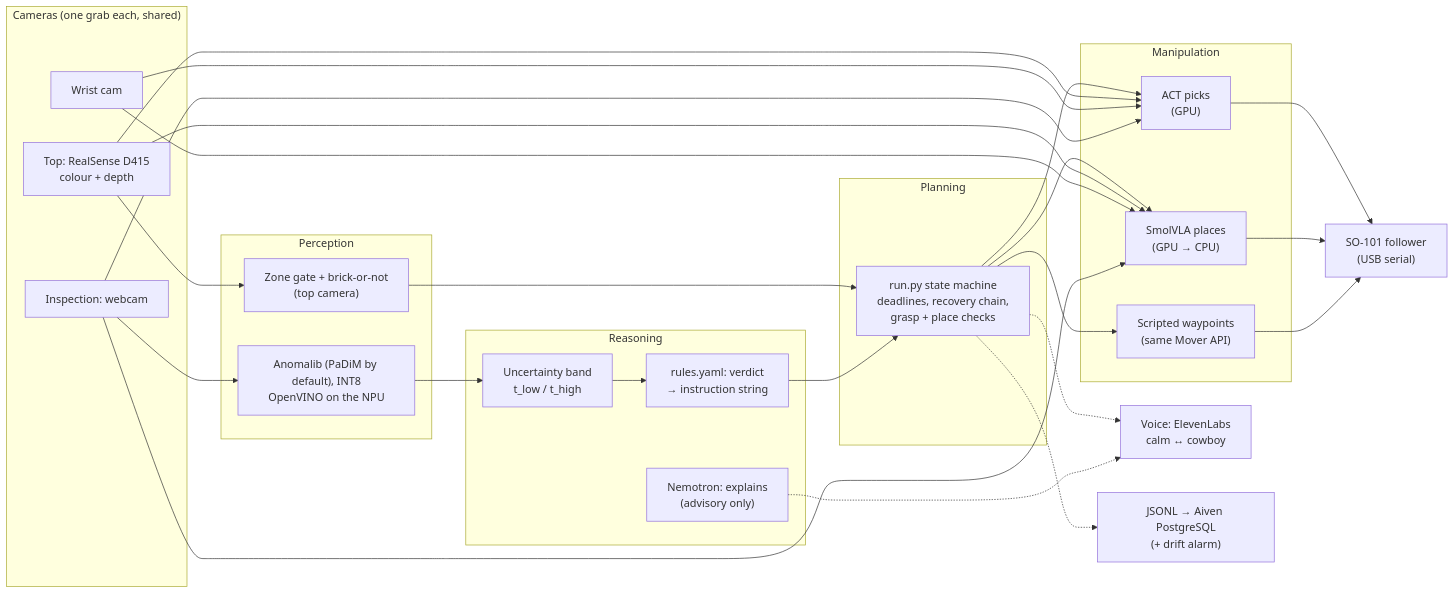
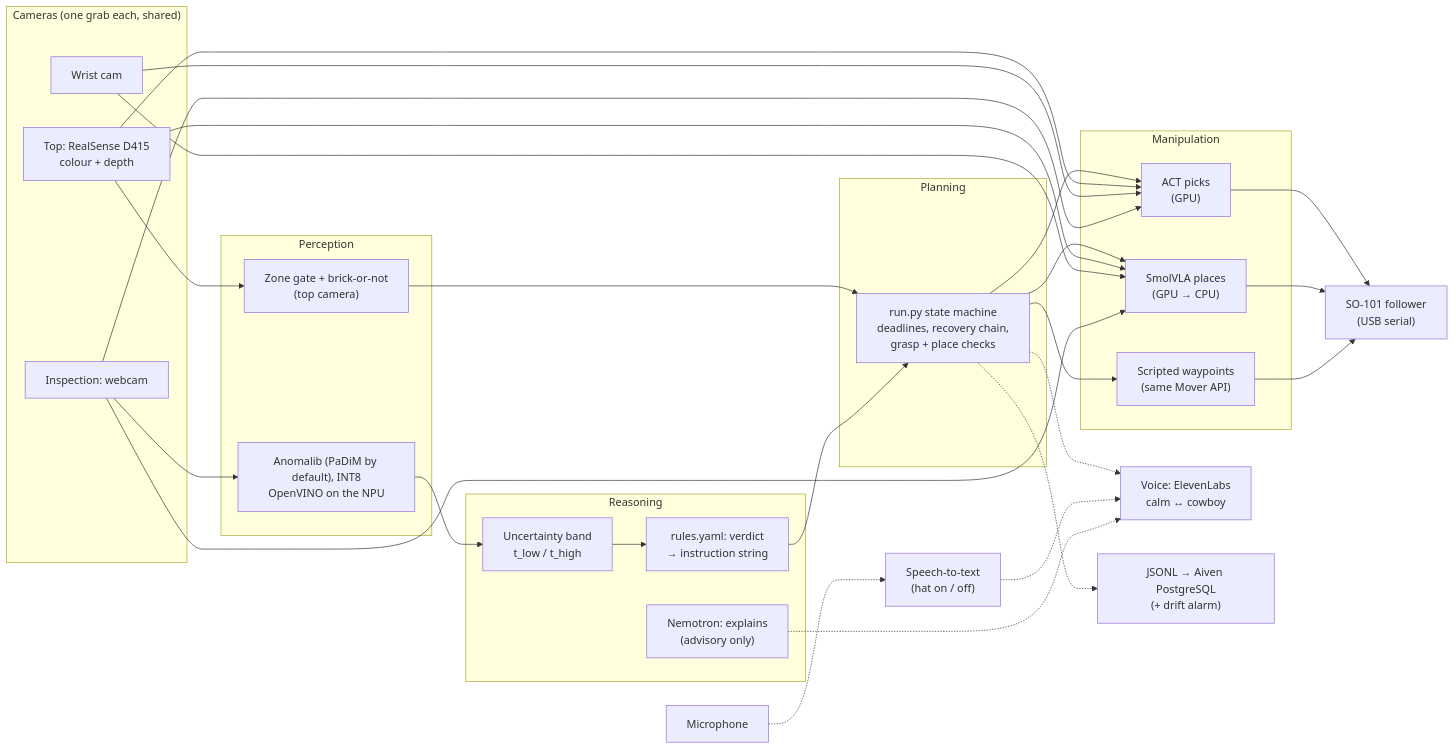
One commit to saliha006/Chooms-chrome changed the diagram in README.md. Above: the diagram before and after it, drawn with Mermaid. The commit also changed other lines of this file and 2 other files, not shown here.

````diff
--- a/README.md
+++ b/README.md
@@ -20,39 +22,40 @@
 ```mermaid
 flowchart LR
     subgraph Cameras["Cameras (one grab each, shared)"]
         TOP["Top: RealSense D415<br/>colour + depth"]
         INS["Inspection: webcam"]
         WR["Wrist cam"]
     end
 
     subgraph Perception
         ZONE["Zone gate + brick-or-not<br/>(top camera)"]
         AD["Anomalib (PaDiM by default), INT8<br/>OpenVINO on the NPU"]
     end
 
     subgraph Reasoning
         BAND["Uncertainty band<br/>t_low / t_high"]
         RULES["rules.yaml: verdict<br/>→ instruction string"]
         NEM["Nemotron: explains<br/>(advisory only)"]
     end
 
     subgraph Planning
         SM["run.py state machine<br/>deadlines, recovery chain,<br/>grasp + place checks"]
     end
 
     subgraph Manipulation
         ACT["ACT picks<br/>(GPU)"]
         VLA["SmolVLA places<br/>(GPU → CPU)"]
         SCR["Scripted waypoints<br/>(same Mover API)"]
     end
 
     ARM["SO-101 follower<br/>(USB serial)"]
 
     TOP --> ZONE --> SM
     INS --> AD --> BAND --> RULES --> SM
     SM --> ACT & VLA & SCR --> ARM
     TOP & WR & INS --> ACT & VLA
     SM -.-> VOICE["Voice: ElevenLabs<br/>calm ↔ cowboy"]
+    MIC["Microphone"] -.-> STT["Speech-to-text<br/>(hat on / off)"] -.-> VOICE
     NEM -.-> VOICE
     SM -.-> LOG["JSONL → Aiven PostgreSQL<br/>(+ drift alarm)"]
 ```
````
